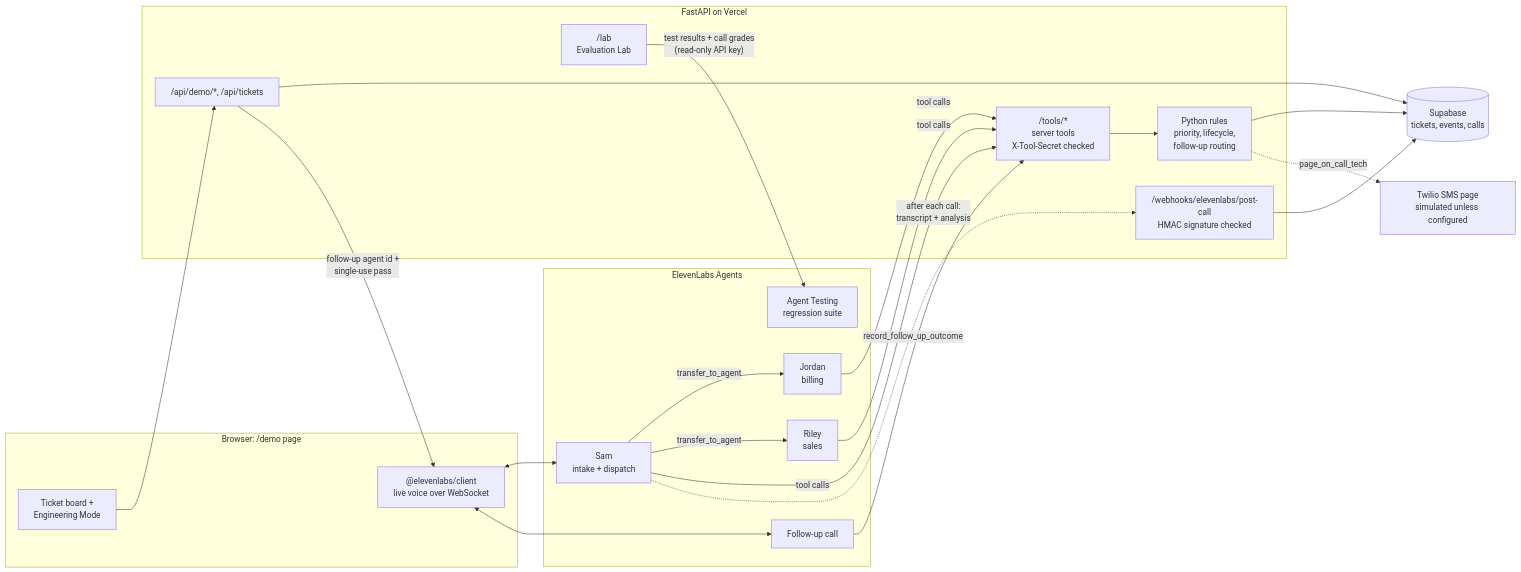
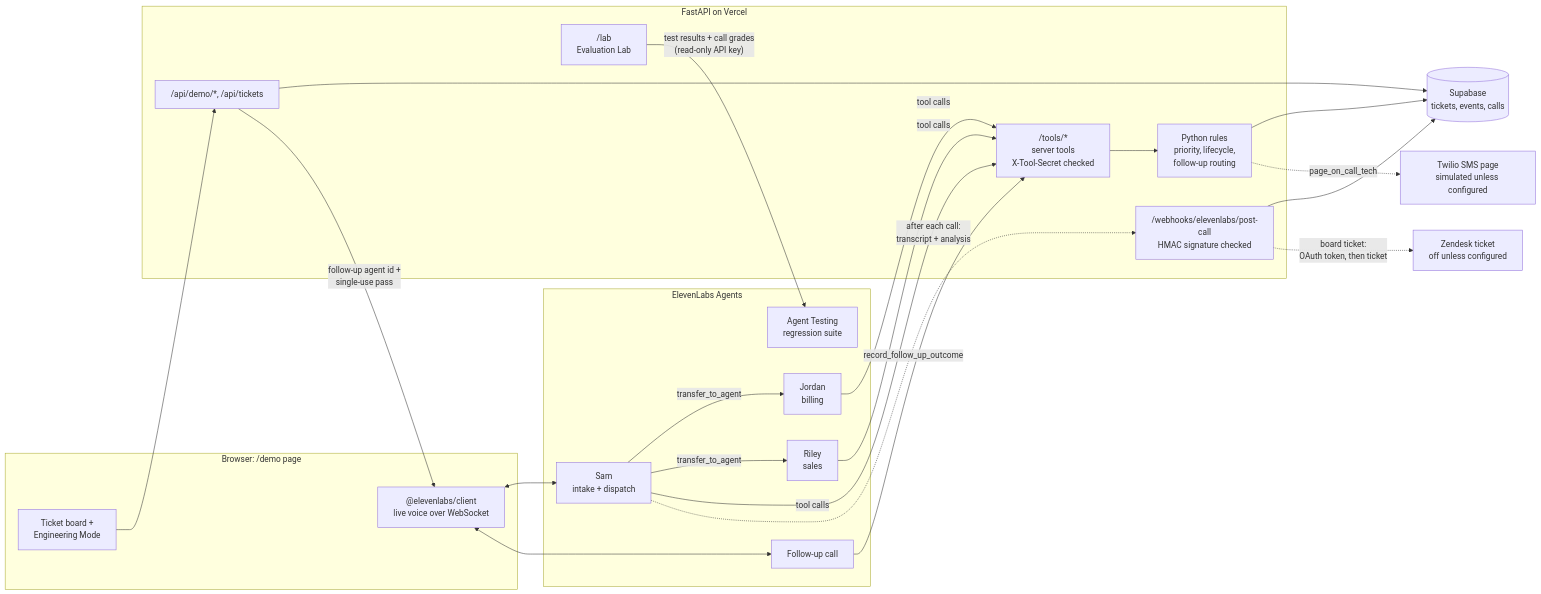
Before and after one commit to mrkygray-art/nightagent: the first of 2 diagrams in README.md, drawn with Mermaid. The commit also changed other lines of this file and 9 other files, not shown here.

First line of the commit message:
Make a Zendesk ticket for each board ticket after the post-call webhook

````diff
--- a/README.md
+++ b/README.md
@@ -364,41 +365,43 @@
 ```mermaid
 flowchart LR
     subgraph Browser["Browser: /demo page"]
         UI["Ticket board +<br/>Engineering Mode"]
         SDK["@elevenlabs/client<br/>live voice over WebSocket"]
     end
 
     subgraph EL["ElevenLabs Agents"]
         SAM["Sam<br/>intake + dispatch"]
         JOR["Jordan<br/>billing"]
         RIL["Riley<br/>sales"]
         FU["Follow-up call"]
         TESTS["Agent Testing<br/>regression suite"]
     end
 
     subgraph API["FastAPI on Vercel"]
         TOOLS["/tools/*<br/>server tools<br/>X-Tool-Secret checked"]
         RULES["Python rules<br/>priority, lifecycle,<br/>follow-up routing"]
         HOOK["/webhooks/elevenlabs/post-call<br/>HMAC signature checked"]
         DEMO["/api/demo/*, /api/tickets"]
         LAB["/lab<br/>Evaluation Lab"]
     end
 
     DB[("Supabase<br/>tickets, events, calls")]
     SMS["Twilio SMS page<br/>simulated unless configured"]
+    ZD["Zendesk ticket<br/>off unless configured"]
 
     SDK <--> SAM
     SAM -- transfer_to_agent --> JOR
     SAM -- transfer_to_agent --> RIL
     SDK <--> FU
     SAM -- tool calls --> TOOLS
     JOR -- tool calls --> TOOLS
     RIL -- tool calls --> TOOLS
     FU -- record_follow_up_outcome --> TOOLS
     TOOLS --> RULES --> DB
     RULES -. page_on_call_tech .-> SMS
     SAM -. "after each call:<br/>transcript + analysis" .-> HOOK --> DB
+    HOOK -. "board ticket:<br/>OAuth token, then ticket" .-> ZD
     UI --> DEMO --> DB
     DEMO -- "follow-up agent id +<br/>single-use pass" --> SDK
     LAB -- "test results + call grades<br/>(read-only API key)" --> TESTS
 ```
````
